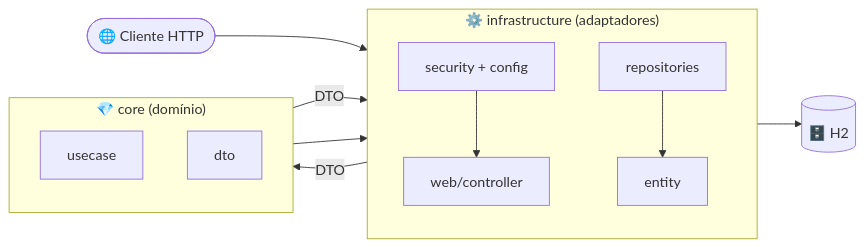
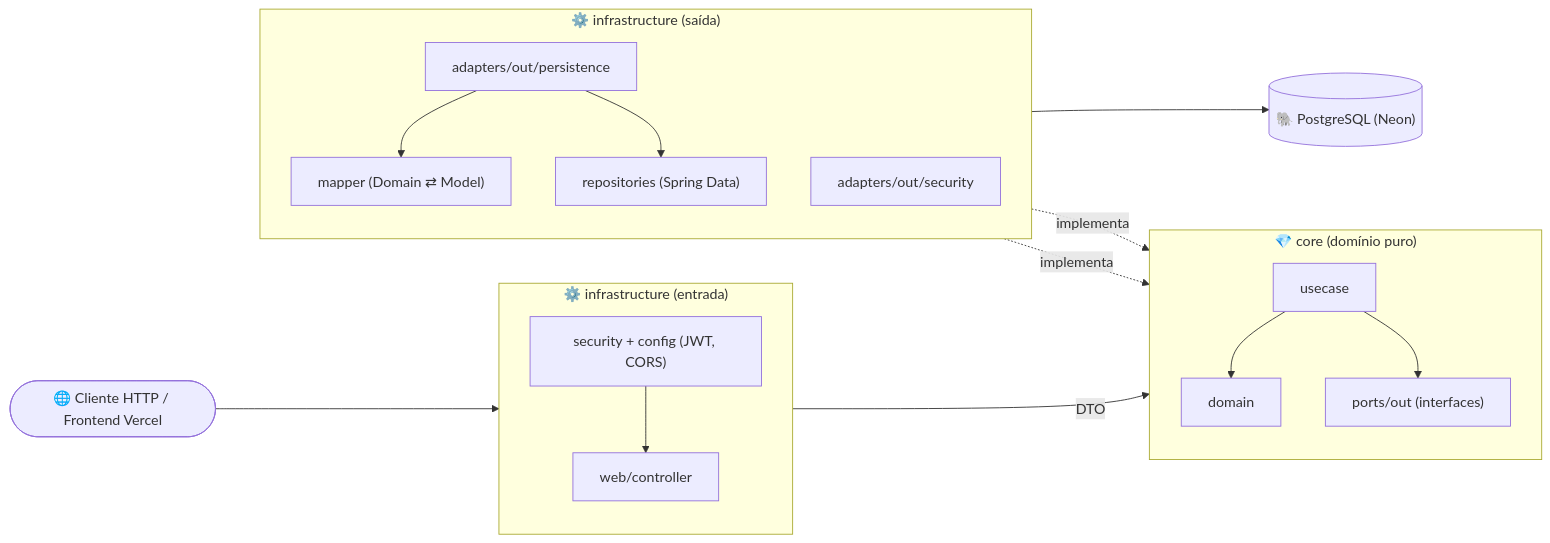
Before and after one commit to Cloves-Neto/back-playlist-service: the second of 5 diagrams in README.md, drawn with Mermaid. The commit also changed other lines of this file, not shown here.

Commit message:
docs: atualiza README com arquitetura Ports & Adapters, env vars e deploy Render/Neon

````diff
--- a/README.md
+++ b/README.md
@@ -259,27 +272,36 @@
 ```mermaid
 flowchart LR
-    Client(["🌐 Cliente HTTP"])
+    Client(["🌐 Cliente HTTP / Frontend Vercel"])
 
-    subgraph INFRA["⚙️ infrastructure (adaptadores)"]
+    subgraph INFRA_IN["⚙️ infrastructure (entrada)"]
         direction TB
+        SEC["security + config (JWT, CORS)"]
         CTRL["web/controller"]
-        SEC["security + config"]
-        REPO["repositories"]
-        ENT["entity"]
     end
 
-    subgraph CORE["💎 core (domínio)"]
+    subgraph CORE["💎 core (domínio puro)"]
         direction TB
         UC["usecase"]
-        DTO["dto"]
+        DOM["domain"]
+        PORT["ports/out (interfaces)"]
     end
 
-    DB[("🗄️ H2")]
+    subgraph INFRA_OUT["⚙️ infrastructure (saída)"]
+        direction TB
+        ADP["adapters/out/persistence"]
+        MAP["mapper (Domain ⇄ Model)"]
+        REPO["repositories (Spring Data)"]
+        BCRYPT["adapters/out/security"]
+    end
+
+    DB[("🐘 PostgreSQL (Neon)")]
 
     Client --> SEC --> CTRL
     CTRL -->|"DTO"| UC
-    UC -->|"DTO"| CTRL
-    UC --> REPO
-    REPO --> ENT
-    REPO --> DB
+    UC --> DOM
+    UC --> PORT
+    ADP -.->|"implementa"| PORT
+    BCRYPT -.->|"implementa"| PORT
+    ADP --> MAP
+    ADP --> REPO --> DB
 ```
````
